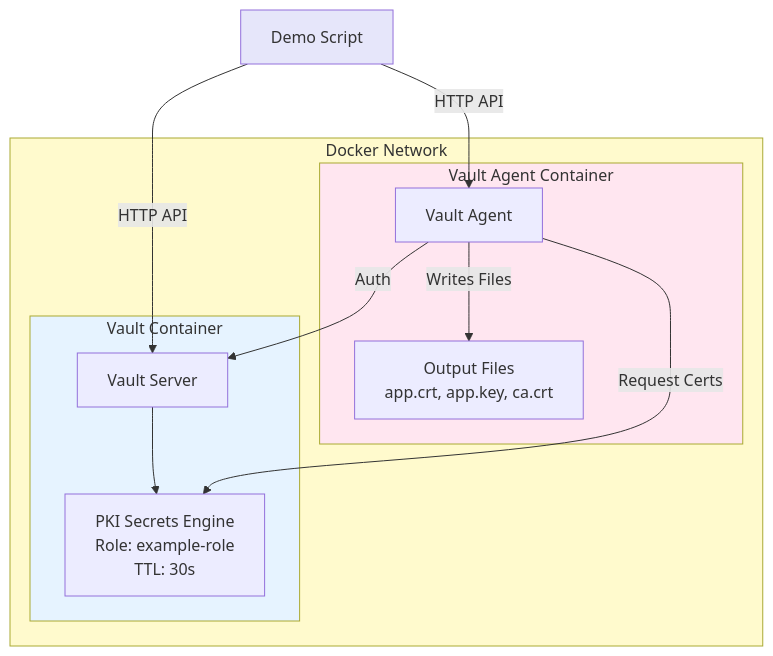
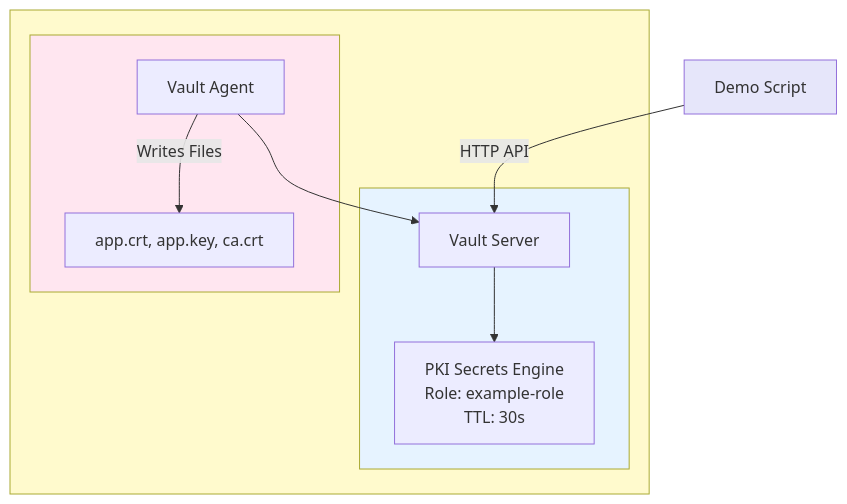
One commit to songlining/pki changed the ninth of 12 diagrams in agent-demo-diagrams.md. Above: the diagram before and after it, drawn with Mermaid. The commit also changed 8 other files, not shown here.

````diff
--- a/agent-demo-diagrams.md
+++ b/agent-demo-diagrams.md
@@ -368,31 +368,29 @@
 ```mermaid
 graph TB
     Client[Demo Script]
     
     Client -->|HTTP API| VaultServer
-    Client -->|HTTP API| AgentProxy
-    
-    subgraph DockerNetwork[Docker Network]
-        subgraph VaultContainer[Vault Container]
+
+    subgraph DockerNetwork[" "]
+        subgraph VaultContainer[" "]
             VaultServer[Vault Server]
             VaultServer --> PKIEngine
         end
         
-        subgraph AgentContainer[Vault Agent Container]
+        subgraph AgentContainer[" "]
             AgentProxy[Vault Agent]
             AgentProxy -->|Writes Files| OutputFiles
         end
         
         PKIEngine[PKI Secrets Engine<br/>Role: example-role<br/>TTL: 30s]
         
-        OutputFiles[Output Files<br/>app.crt, app.key, ca.crt]
+        OutputFiles[app.crt, app.key, ca.crt]
     end
     
-    AgentProxy -->| Auth| VaultServer
-    AgentProxy -->|Request Certs| PKIEngine
+    AgentProxy --> VaultServer
     
     style DockerNetwork fill:#fffacd
     style VaultContainer fill:#e6f3ff
     style AgentContainer fill:#ffe6f0
     style Client fill:#e6e6fa
 ```
````
